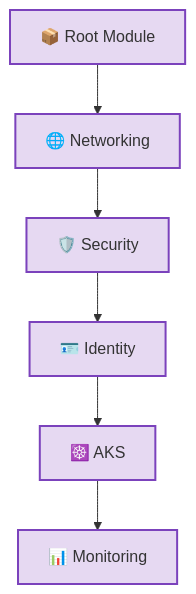
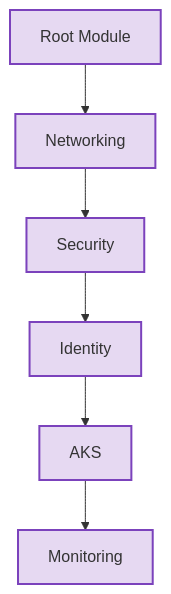
Before and after one commit to aniket-devop/aniket-devop: the second of 6 diagrams in README.md, drawn with Mermaid. The commit also changed other lines of this file, not shown here.

````diff
--- a/README.md
+++ b/README.md
@@ -166,11 +141,11 @@
 ```mermaid
 flowchart TD
-    ROOT["📦 Root Module"] --> NET["🌐 Networking"]
-    NET --> SEC["🛡️ Security"]
-    SEC --> ID["🪪 Identity"]
-    ID --> AKSM["☸️ AKS"]
-    AKSM --> MON["📊 Monitoring"]
+    ROOT["Root Module"] --> NET["Networking"]
+    NET --> SEC["Security"]
+    SEC --> ID["Identity"]
+    ID --> AKSM["AKS"]
+    AKSM --> MON["Monitoring"]
 
     classDef mod fill:#e6d9f2,stroke:#7B42BC,stroke-width:2px
     class ROOT,NET,SEC,ID,AKSM,MON mod
 ```
````
